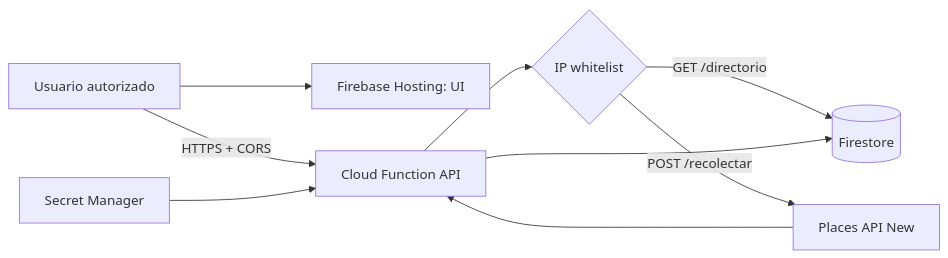
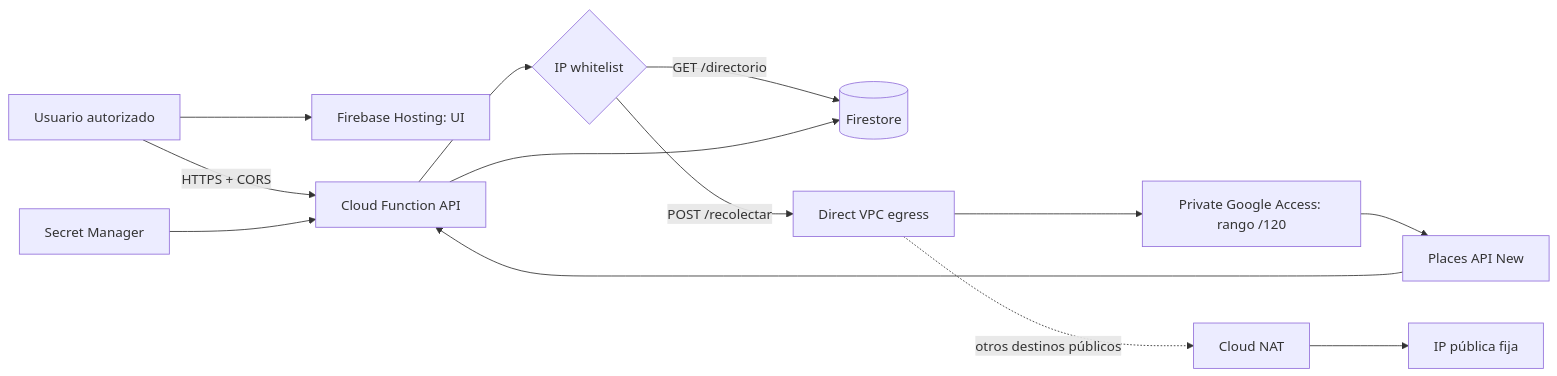
One commit to Ctribsz/Proyecto1-RIA changed the diagram in docs/documentacion-tecnica.md. Above: the diagram before and after it, drawn with Mermaid. The commit also changed other lines of this file, not shown here.

````diff
--- a/docs/documentacion-tecnica.md
+++ b/docs/documentacion-tecnica.md
@@ -18,11 +19,15 @@
 ```mermaid
 flowchart LR
     U[Usuario autorizado] --> H[Firebase Hosting: UI]
     U -->|HTTPS + CORS| A[Cloud Function API]
     A --> W{IP whitelist}
     W -->|GET /directorio| F[(Firestore)]
-    W -->|POST /recolectar| P[Places API New]
+    W -->|POST /recolectar| V[Direct VPC egress]
+    V --> G[Private Google Access: rango /120]
+    G --> P[Places API New]
+    V -. otros destinos públicos .-> N[Cloud NAT]
+    N --> I[IP pública fija]
     P --> A
     A --> F
     S[Secret Manager] --> A
 ```
````
